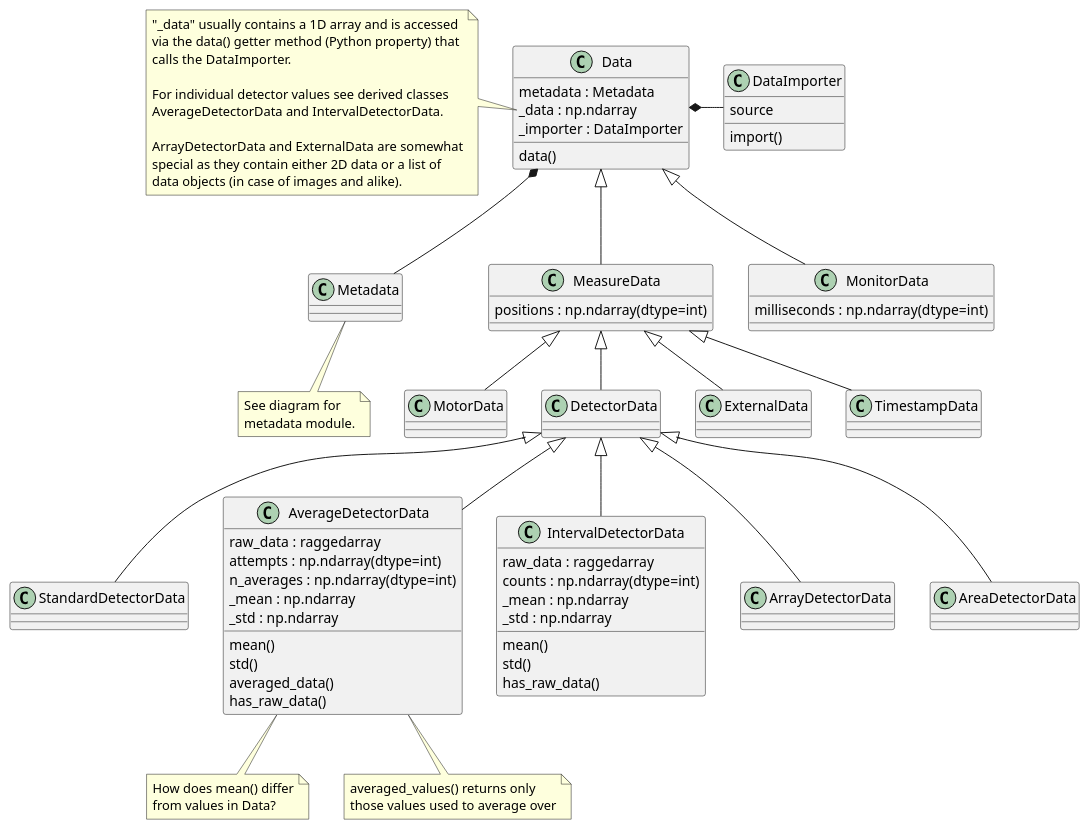
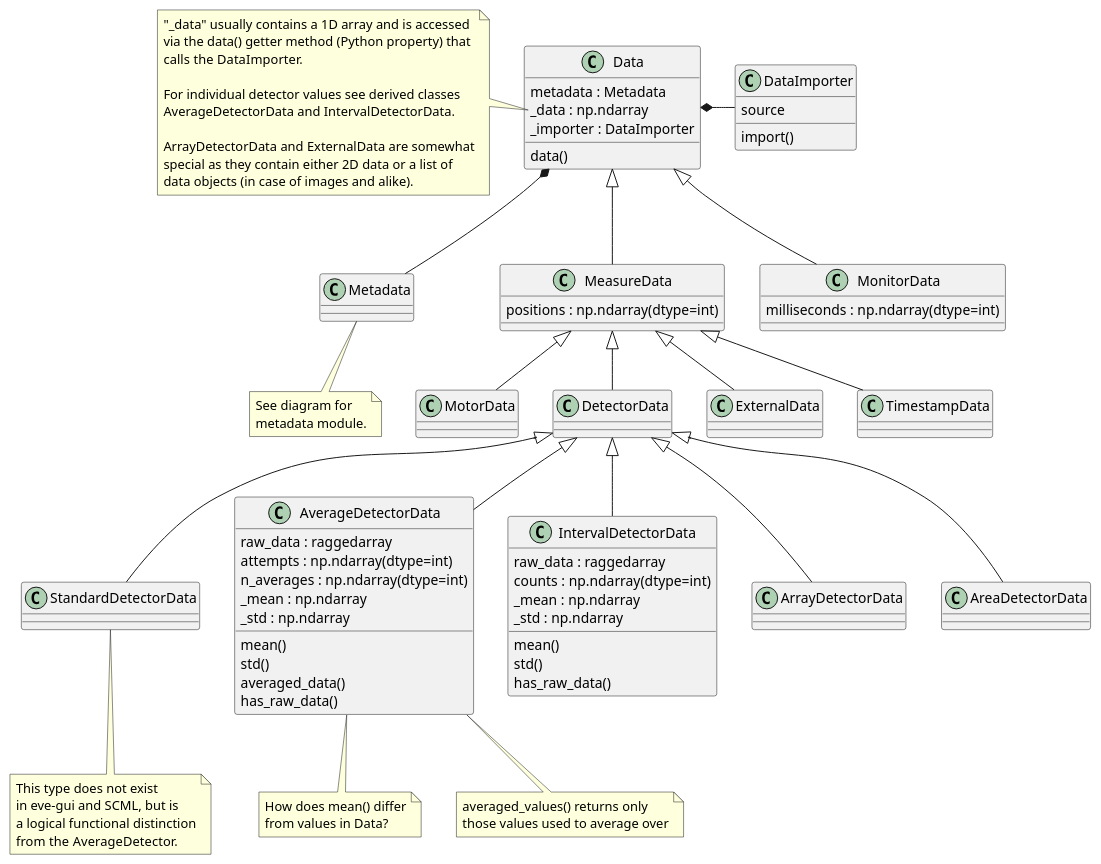
One commit to tillbiskup/evedata changed the diagram in docs/uml/evedata.evefile.data.puml. Above: the diagram before and after it, drawn with PlantUML. The commit also changed 2 other files, not shown here.

```diff
--- a/docs/uml/evedata.evefile.data.puml
+++ b/docs/uml/evedata.evefile.data.puml
@@ -1,86 +1,93 @@
 @startuml
 'skinparam dpi 150
 
 class Data {
     metadata : Metadata
     _data : np.ndarray
     _importer : DataImporter
     data()
 }
 note left of Data::_data
     "_data" usually contains a 1D array and is accessed
     via the data() getter method (Python property) that
     calls the DataImporter.
 
     For individual detector values see derived classes
     AverageDetectorData and IntervalDetectorData.
 
     ArrayDetectorData and ExternalData are somewhat
     special as they contain either 2D data or a list of
     data objects (in case of images and alike).
 end note
 
 class DataImporter {
     source
     import()
 }
 
 class Metadata {
 }
 note bottom: See diagram for\nmetadata module.
 
 Data *- DataImporter
 Data *-- Metadata
 
 class MeasureData extends Data {
     {field} positions : np.ndarray(dtype=int)
 }
 
 class MonitorData extends Data {
     {field} milliseconds : np.ndarray(dtype=int)
 }
 
 class MotorData extends MeasureData {
 }
 
 class DetectorData extends MeasureData {
 }
 
 class ExternalData extends MeasureData {}
 
 class TimestampData extends MeasureData {
 }
 
 class StandardDetectorData extends DetectorData {}
 
+note bottom of StandardDetectorData
+    This type does not exist
+    in eve-gui and SCML, but is
+    a logical functional distinction
+    from the AverageDetector.
+endnote
+
 class AverageDetectorData extends DetectorData {
     raw_data : raggedarray
     {field} attempts : np.ndarray(dtype=int)
     {field} n_averages : np.ndarray(dtype=int)
     _mean : np.ndarray
     _std : np.ndarray
     mean()
     std()
     averaged_data()
     has_raw_data()
 }
 note bottom: How does mean() differ\nfrom values in Data?
 note bottom of AverageDetectorData: averaged_values() returns only\nthose values used to average over
 
 class IntervalDetectorData extends DetectorData {
     raw_data : raggedarray
     {field} counts : np.ndarray(dtype=int)
     _mean : np.ndarray
     _std : np.ndarray
     mean()
     std()
     has_raw_data()
 }
 
 class ArrayDetectorData extends DetectorData {
 }
 
 class AreaDetectorData extends DetectorData {
 }
 
 @enduml
```
